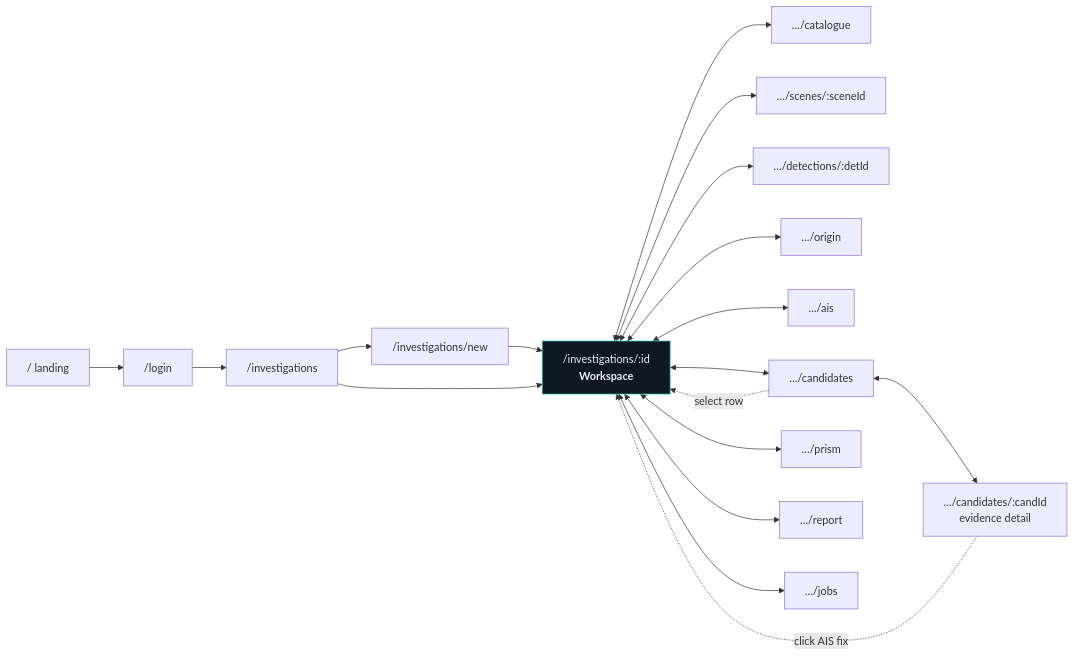
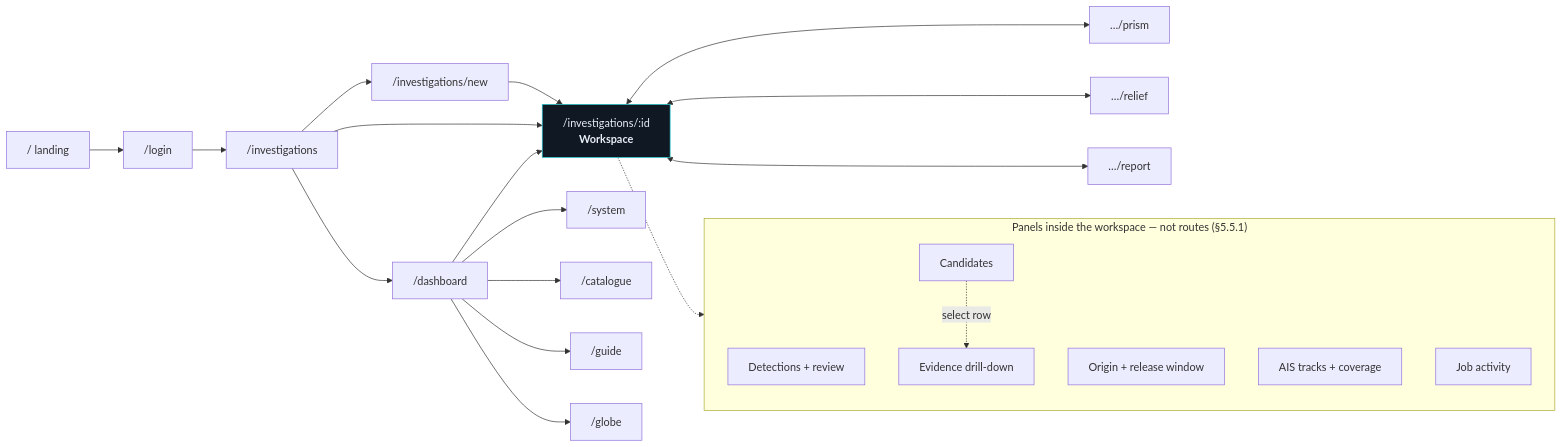
One commit to Ganu0310/Varuna-AI changed the ninth of 9 diagrams in doc/08_APP_FLOW.md. Above: the diagram before and after it, drawn with Mermaid. The commit also changed other lines of this file and 34 other files, not shown here.

````diff
--- a/doc/08_APP_FLOW.md
+++ b/doc/08_APP_FLOW.md
@@ -341,22 +384,31 @@
 ```mermaid
 flowchart LR
     L["/ landing"] --> LG["/login"]
     LG --> IL["/investigations"]
     IL --> NEW["/investigations/new"]
     NEW --> WS["/investigations/:id<br/><b>Workspace</b>"]
     IL --> WS
-    WS <--> CAT["…/catalogue"]
-    WS <--> SC["…/scenes/:sceneId"]
-    WS <--> DET["…/detections/:detId"]
-    WS <--> ORG["…/origin"]
-    WS <--> AIS["…/ais"]
-    WS <--> CAND["…/candidates"]
-    CAND <--> EV["…/candidates/:candId<br/>evidence detail"]
+    IL --> DASH["/dashboard"]
+    DASH --> WS
+    DASH --> SYS["/system"]
+    DASH --> CAT["/catalogue"]
+    DASH --> GD["/guide"]
+    DASH --> GL["/globe"]
     WS <--> PR["…/prism"]
+    WS <--> RL["…/relief"]
     WS <--> REP["…/report"]
-    WS <--> JOB["…/jobs"]
-    EV -.->|"click AIS fix"| WS
-    CAND -.->|"select row"| WS
+
+    subgraph P["Panels inside the workspace — not routes (§5.5.1)"]
+      DET["Detections + review"]
+      ORG["Origin + release window"]
+      AIS["AIS tracks + coverage"]
+      CAND["Candidates"]
+      EV["Evidence drill-down"]
+      JOB["Job activity"]
+    end
+
+    WS -.-> P
+    CAND -.->|"select row"| EV
 
     style WS fill:#101823,stroke:#22C9D1,color:#E8EFF7
 ```
````
